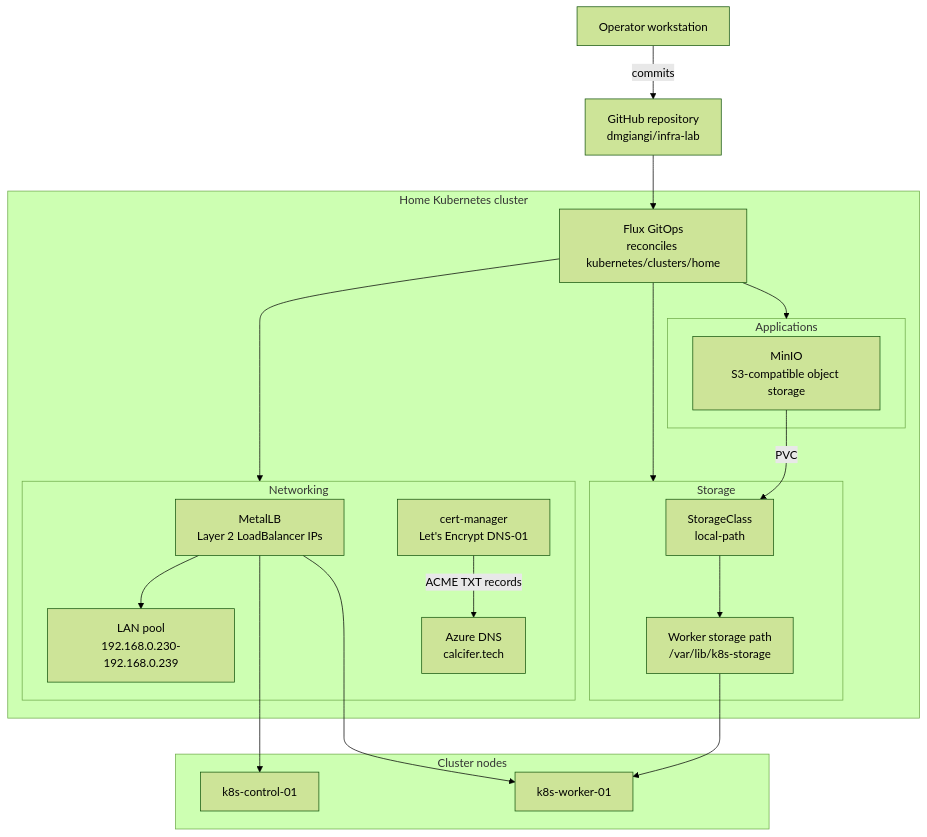
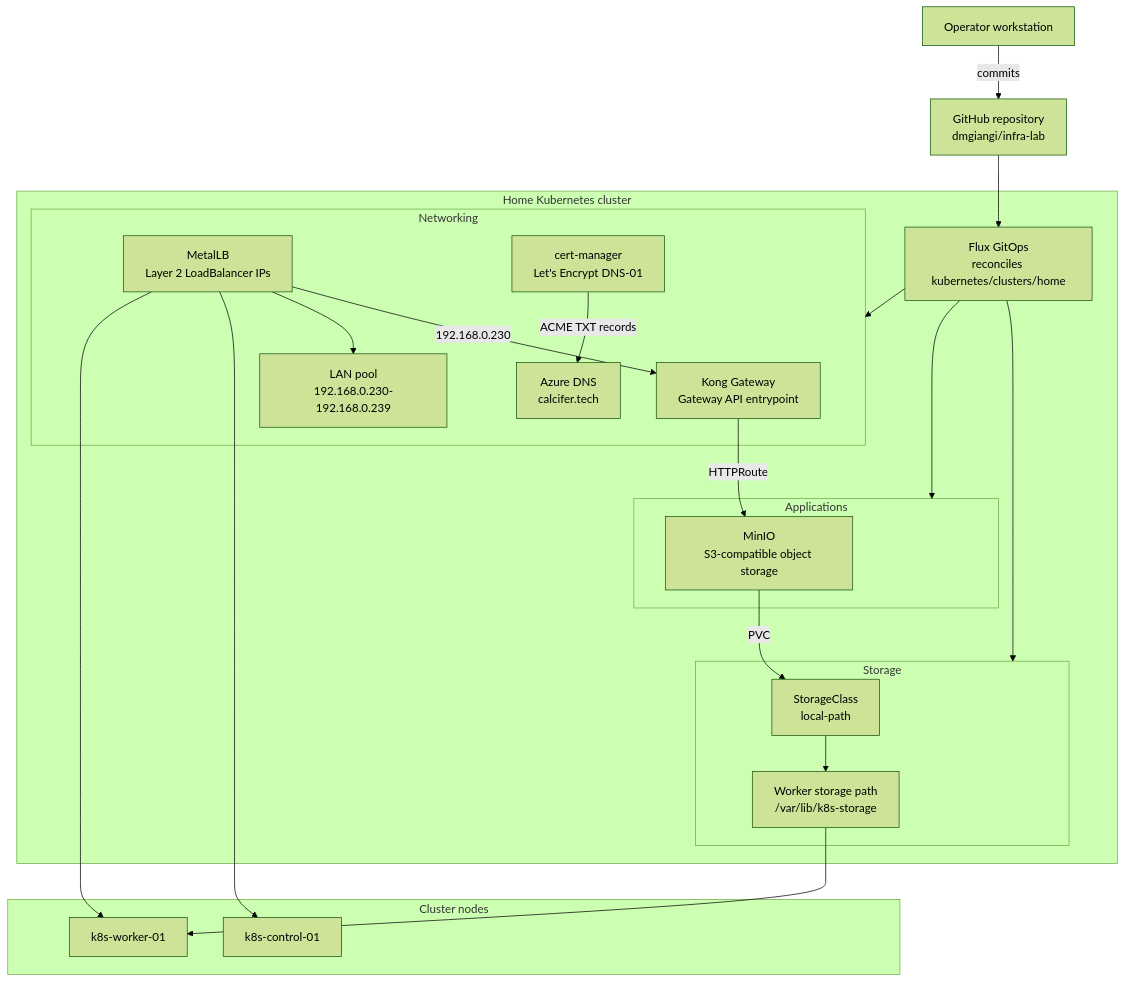
One commit to dmgiangi/infra-lab changed the diagram in kubernetes/README.md. Above: the diagram before and after it, drawn with Mermaid (forest theme). The commit also changed other lines of this file and 14 other files, not shown here.

Commit message:
Add Kong Gateway API routes for MinIO

````diff
--- a/kubernetes/README.md
+++ b/kubernetes/README.md
@@ -23,43 +23,46 @@
 ```mermaid
 flowchart TB
   operator["Operator workstation"]
   github["GitHub repository<br/>dmgiangi/infra-lab"]
 
   subgraph cluster["Home Kubernetes cluster"]
     gitops["Flux GitOps<br/>reconciles kubernetes/clusters/home"]
 
     subgraph networking["Networking"]
+      kong["Kong Gateway<br/>Gateway API entrypoint"]
       metallb["MetalLB<br/>Layer 2 LoadBalancer IPs"]
       lanPool["LAN pool<br/>192.168.0.230-192.168.0.239"]
       certManager["cert-manager<br/>Let's Encrypt DNS-01"]
       azureDns["Azure DNS<br/>calcifer.tech"]
     end
 
     subgraph storage["Storage"]
       storageClass["StorageClass<br/>local-path"]
       dataPath["Worker storage path<br/>/var/lib/k8s-storage"]
     end
 
     subgraph apps["Applications"]
       minio["MinIO<br/>S3-compatible object storage"]
     end
   end
 
   subgraph nodes["Cluster nodes"]
     control["k8s-control-01"]
     worker["k8s-worker-01"]
   end
 
   operator -->|"commits"| github
   github --> gitops
   gitops --> networking
   gitops --> storage
   gitops --> apps
+  kong -->|"HTTPRoute"| minio
   minio -->|"PVC"| storageClass
   storageClass --> dataPath
   dataPath --> worker
+  metallb -->|"192.168.0.230"| kong
   metallb --> lanPool
   certManager -->|"ACME TXT records"| azureDns
   metallb --> control
   metallb --> worker
 ```
````
